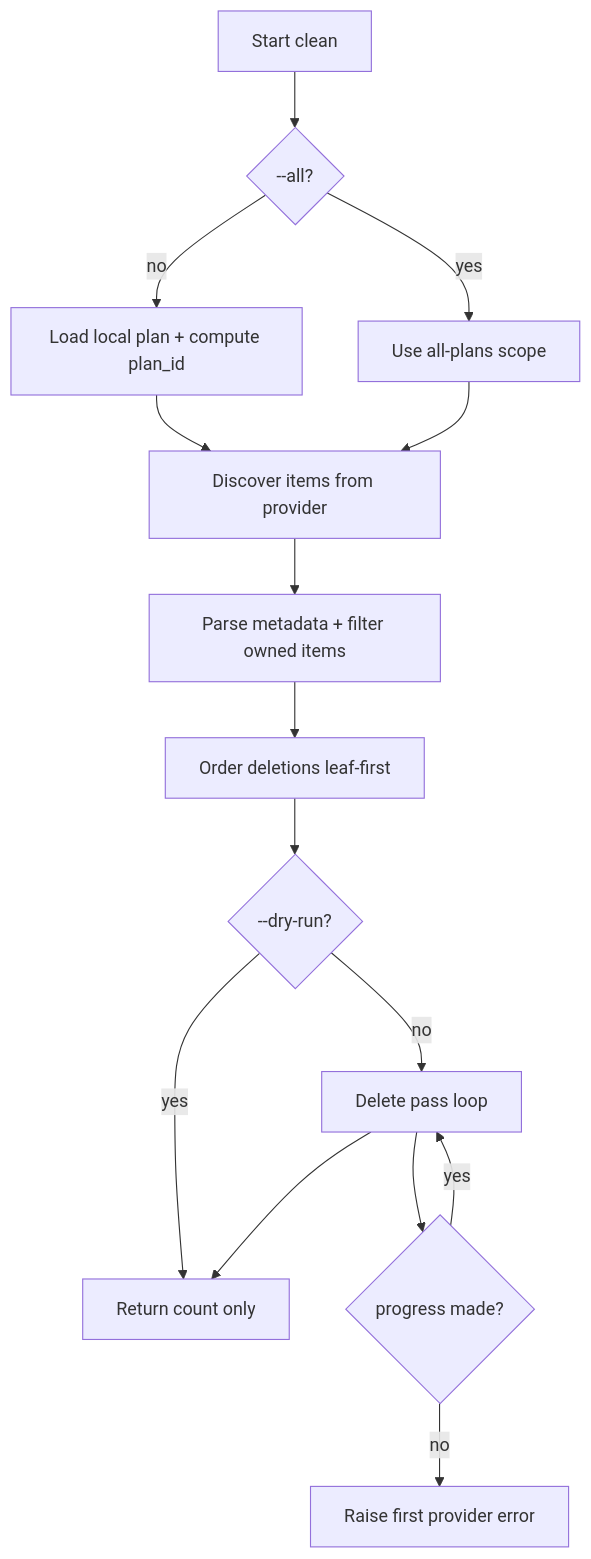
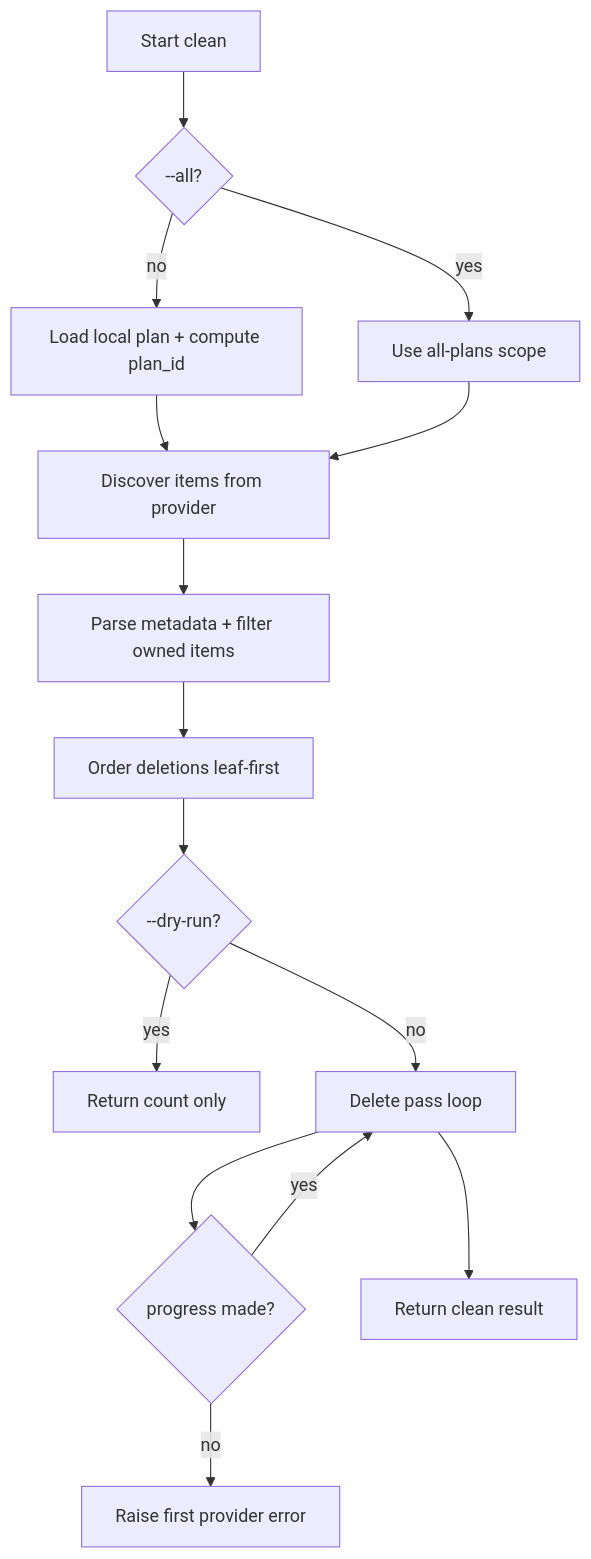
One commit to aryeko/planpilot changed the diagram in docs/design/clean.md. Above: the diagram before and after it, drawn with Mermaid. The commit also changed 1 other file, not shown here.

Commit message:
refactor: simplify relation cache priming and clarify clean flow docs

````diff
--- a/docs/design/clean.md
+++ b/docs/design/clean.md
@@ -12,17 +12,17 @@
 ```mermaid
 flowchart TD
     A[Start clean] --> B{--all?}
     B -- no --> C[Load local plan + compute plan_id]
     B -- yes --> D[Use all-plans scope]
     C --> E[Discover items from provider]
     D --> E
     E --> F[Parse metadata + filter owned items]
     F --> G[Order deletions leaf-first]
     G --> H{--dry-run?}
     H -- yes --> I[Return count only]
     H -- no --> J[Delete pass loop]
     J --> K{progress made?}
     K -- yes --> J
     K -- no --> L[Raise first provider error]
-    J --> I
+    J --> M[Return clean result]
 ```
````
